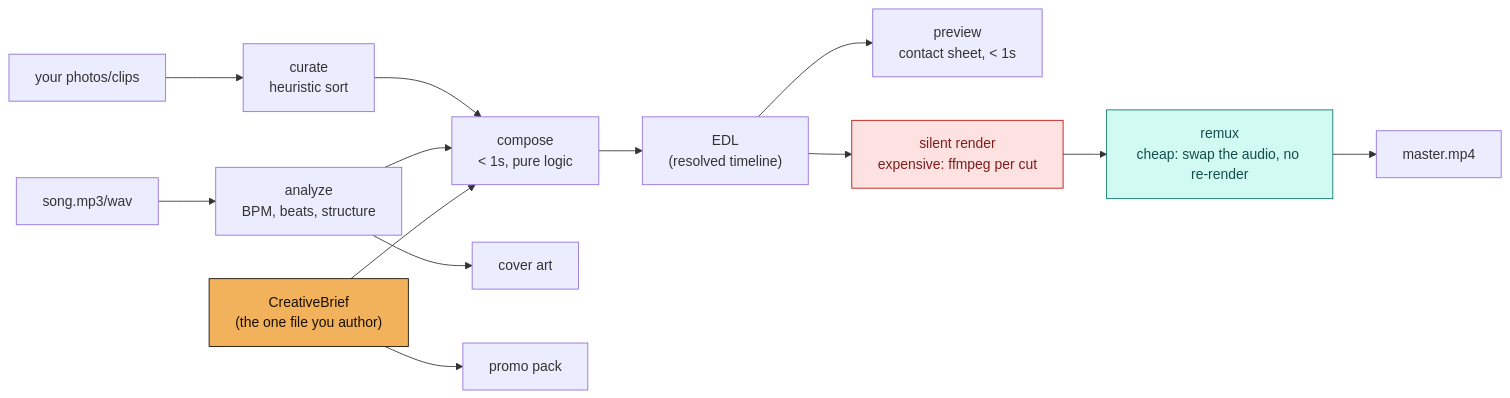
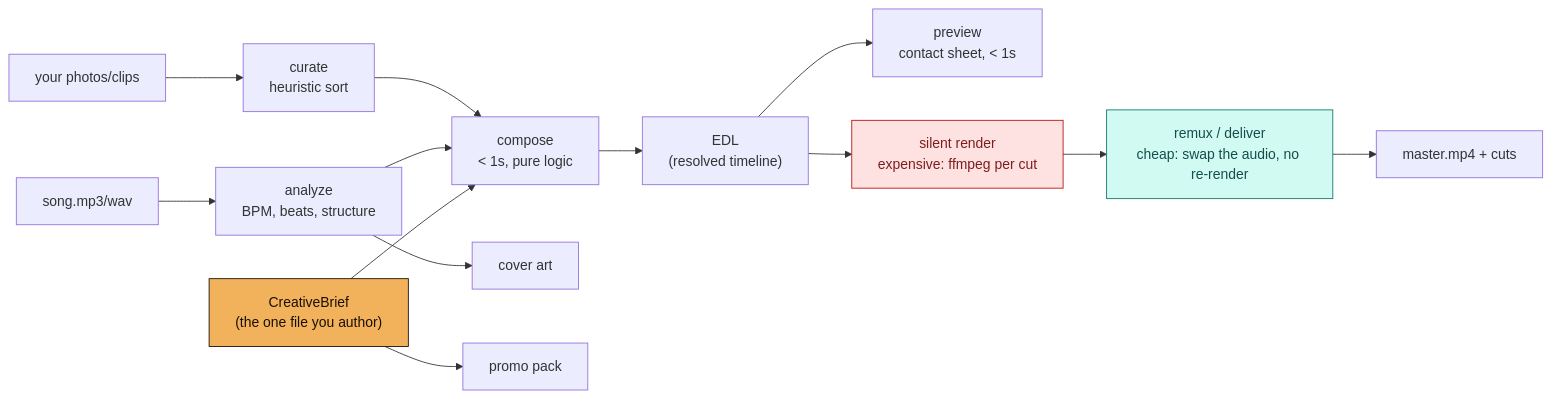
Before and after one commit to sep-lab/kaleidophone: the diagram in README.md, drawn with Mermaid. The commit also changed other lines of this file and 121 other files, not shown here.

````diff
--- a/README.md
+++ b/README.md
@@ -135,17 +173,17 @@
 ```mermaid
 flowchart LR
     B["CreativeBrief\n(the one file you author)"] --> C["compose\n< 1s, pure logic"]
     A["song.mp3/wav"] --> AN["analyze\nBPM, beats, structure"] --> C
     M["your photos/clips"] --> CU["curate\nheuristic sort"] --> C
     C --> E["EDL\n(resolved timeline)"]
     E --> P["preview\ncontact sheet, < 1s"]
     E --> S["silent render\nexpensive: ffmpeg per cut"]
-    S --> R["remux\ncheap: swap the audio, no re-render"]
-    R --> V["master.mp4"]
+    S --> R["remux / deliver\ncheap: swap the audio, no re-render"]
+    R --> V["master.mp4 + cuts"]
     AN --> COV["cover art"]
     B --> PR["promo pack"]
 
     style B fill:#f2b25c,stroke:#1a0f06,color:#1a0f06
     style S fill:#fde2e1,stroke:#b91210,color:#7f1d1d
     style R fill:#d1faf3,stroke:#0f766e,color:#134e4a
 ```
````
